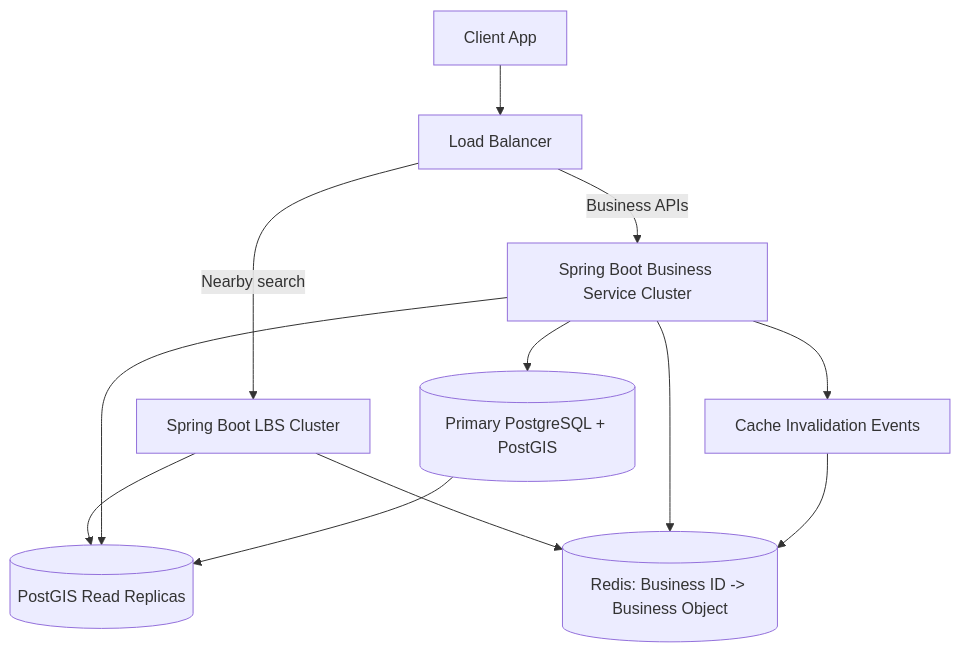
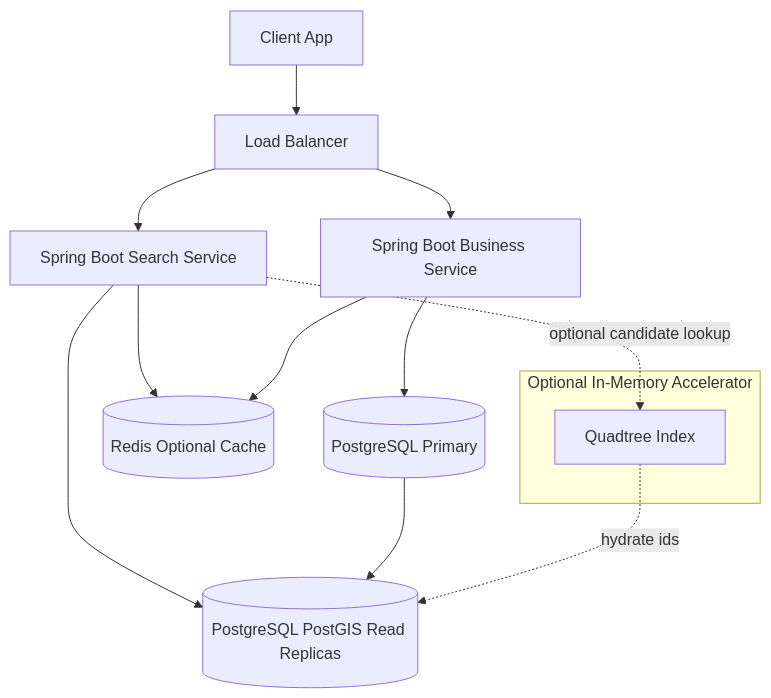
One commit to mthaiseer/springcloud-systemdesign-notes changed diagram 17 of 18 in HLD_NOTES/004_INTERVIEW_PROBLEMS/013_proximity_service_visual_notes.md. Above: the diagram before and after it, drawn with Mermaid. The commit also changed other lines of this file and 1 other file, not shown here.

````diff
--- a/HLD_NOTES/004_INTERVIEW_PROBLEMS/013_proximity_service_visual_notes.md
+++ b/HLD_NOTES/004_INTERVIEW_PROBLEMS/013_proximity_service_visual_notes.md
@@ -865,18 +1138,22 @@
 ```mermaid
 flowchart TB
     Client[Client App] --> LB[Load Balancer]
 
-    LB -->|Nearby search| LBS[Spring Boot LBS Cluster]
-    LB -->|Business APIs| BS[Spring Boot Business Service Cluster]
+    LB --> Search[Spring Boot Search Service]
+    LB --> Business[Spring Boot Business Service]
 
-    LBS --> PGRead[(PostGIS Read Replicas)]
-    LBS --> BizRedis[(Redis: Business ID -> Business Object)]
+    Search --> Redis[(Redis Optional Cache)]
+    Search --> ReadReplica[(PostgreSQL PostGIS Read Replicas)]
 
-    BS --> BizRedis
-    BS --> PGRead
-    BS --> Primary[(Primary PostgreSQL + PostGIS)]
+    Business --> Primary[(PostgreSQL Primary)]
+    Business --> Redis
 
-    Primary --> PGRead
-    BS --> Events[Cache Invalidation Events]
-    Events --> BizRedis
+    Primary --> ReadReplica
+
+    subgraph OptionalAccelerator[Optional In-Memory Accelerator]
+        QT[Quadtree Index]
+    end
+
+    Search -. optional candidate lookup .-> QT
+    QT -. hydrate ids .-> ReadReplica
 ```
````
